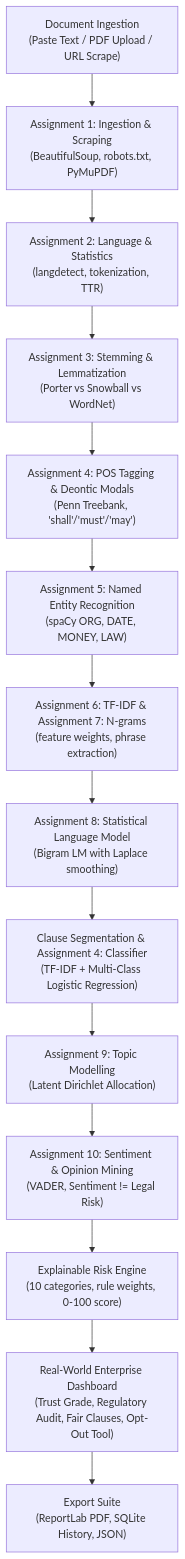
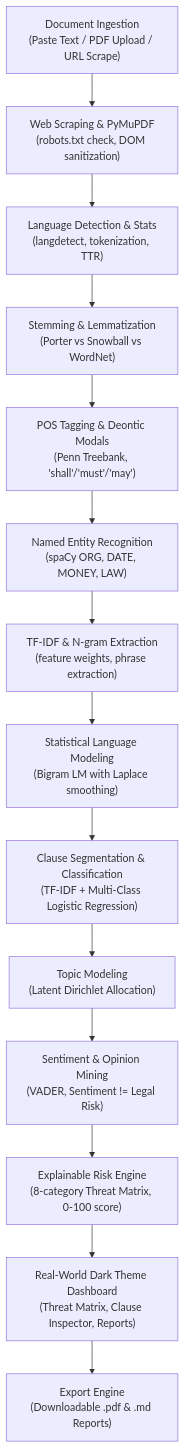
One commit to manishdabade45/ai-terms-analyzer changed the diagram in README.md. Above: the diagram before and after it, drawn with Mermaid. The commit also changed other lines of this file, not shown here.

Commit message:
Update README: clean student portfolio presentation without assignment or viva references

````diff
--- a/README.md
+++ b/README.md
@@ -11,16 +34,16 @@
 ```mermaid
 flowchart TD
-    A["Document Ingestion\n(Paste Text / PDF Upload / URL Scrape)"] --> B["Assignment 1: Ingestion & Scraping\n(BeautifulSoup, robots.txt, PyMuPDF)"]
-    B --> C["Assignment 2: Language & Statistics\n(langdetect, tokenization, TTR)"]
-    C --> D["Assignment 3: Stemming & Lemmatization\n(Porter vs Snowball vs WordNet)"]
-    D --> E["Assignment 4: POS Tagging & Deontic Modals\n(Penn Treebank, 'shall'/'must'/'may')"]
-    E --> F["Assignment 5: Named Entity Recognition\n(spaCy ORG, DATE, MONEY, LAW)"]
-    F --> G["Assignment 6: TF-IDF & Assignment 7: N-grams\n(feature weights, phrase extraction)"]
-    G --> H["Assignment 8: Statistical Language Model\n(Bigram LM with Laplace smoothing)"]
-    H --> I["Clause Segmentation & Assignment 4: Classifier\n(TF-IDF + Multi-Class Logistic Regression)"]
-    I --> J["Assignment 9: Topic Modelling\n(Latent Dirichlet Allocation)"]
-    J --> K["Assignment 10: Sentiment & Opinion Mining\n(VADER, Sentiment != Legal Risk)"]
-    K --> L["Explainable Risk Engine\n(10 categories, rule weights, 0-100 score)"]
-    L --> M["Real-World Enterprise Dashboard\n(Trust Grade, Regulatory Audit, Fair Clauses, Opt-Out Tool)"]
-    M --> N["Export Suite\n(ReportLab PDF, SQLite History, JSON)"]
+    A["Document Ingestion\n(Paste Text / PDF Upload / URL Scrape)"] --> B["Web Scraping & PyMuPDF\n(robots.txt check, DOM sanitization)"]
+    B --> C["Language Detection & Stats\n(langdetect, tokenization, TTR)"]
+    C --> D["Stemming & Lemmatization\n(Porter vs Snowball vs WordNet)"]
+    D --> E["POS Tagging & Deontic Modals\n(Penn Treebank, 'shall'/'must'/'may')"]
+    E --> F["Named Entity Recognition\n(spaCy ORG, DATE, MONEY, LAW)"]
+    F --> G["TF-IDF & N-gram Extraction\n(feature weights, phrase extraction)"]
+    G --> H["Statistical Language Modeling\n(Bigram LM with Laplace smoothing)"]
+    H --> I["Clause Segmentation & Classification\n(TF-IDF + Multi-Class Logistic Regression)"]
+    I --> J["Topic Modeling\n(Latent Dirichlet Allocation)"]
+    J --> K["Sentiment & Opinion Mining\n(VADER, Sentiment != Legal Risk)"]
+    K --> L["Explainable Risk Engine\n(8-category Threat Matrix, 0-100 score)"]
+    L --> M["Real-World Dark Theme Dashboard\n(Threat Matrix, Clause Inspector, Reports)"]
+    M --> N["Export Engine\n(Downloadable .pdf & .md Reports)"]
 ```
````
